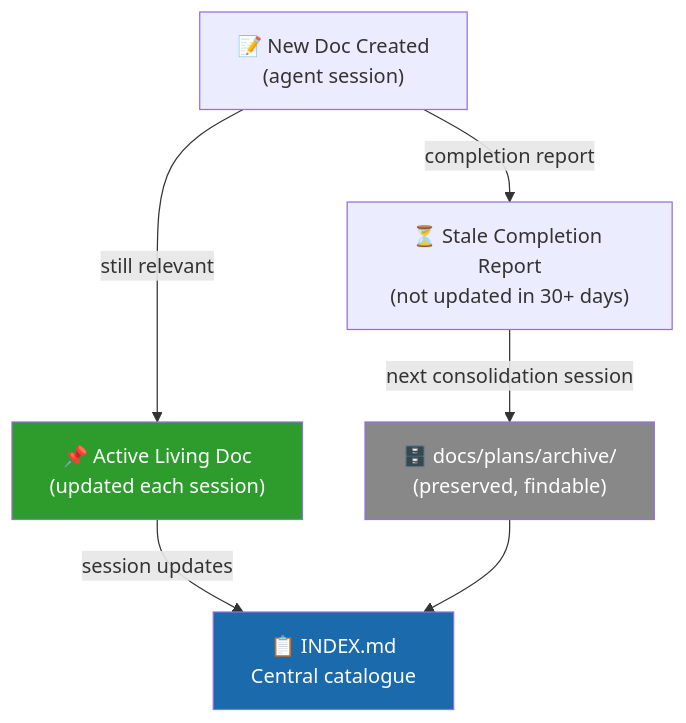
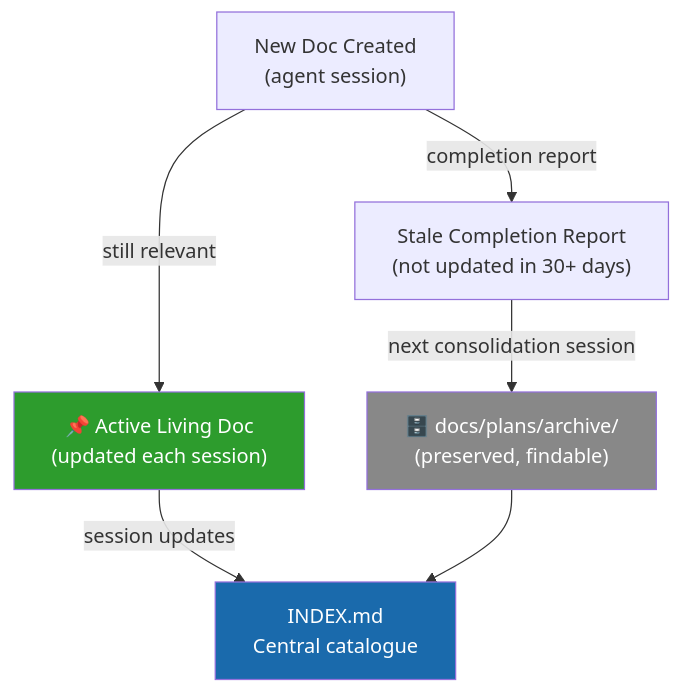
The diagram in docs/plans/DOCS_CONSOLIDATION_MAP.md (Aries-Serpent/_codex_), drawn with Mermaid before and after one commit. The commit also changed other lines of this file and 1989 other files, not shown here.

````diff
--- a/docs/plans/DOCS_CONSOLIDATION_MAP.md
+++ b/docs/plans/DOCS_CONSOLIDATION_MAP.md
@@ -140,19 +140,19 @@
 ```mermaid
-%%{init: {'accessibility': {'title': 'Flowchart showing "📝 New Doc Created\n(agent session)", "📌 Active Living Doc\n(updated each session)"'}}%%
+%%{init: {'accessibility': {'title': 'Flowchart showing " New Doc Created\n(agent session)", "📌 Active Living Doc\n(updated each session)"'}}%%
 flowchart TD
-    NEW["📝 New Doc Created\n(agent session)"]
+    NEW[" New Doc Created\n(agent session)"]
     ACTIVE["📌 Active Living Doc\n(updated each session)"]
-    STALE["⏳ Stale Completion Report\n(not updated in 30+ days)"]
+    STALE[" Stale Completion Report\n(not updated in 30+ days)"]
     ARCHIVE["🗄️ docs/plans/archive/\n(preserved, findable)"]
-    INDEX["📋 INDEX.md\nCentral catalogue"]
+    INDEX[" INDEX.md\nCentral catalogue"]
 
     NEW -->|"still relevant"| ACTIVE
     NEW -->|"completion report"| STALE
     ACTIVE -->|"session updates"| INDEX
     STALE -->|"next consolidation session"| ARCHIVE
     ARCHIVE --> INDEX
 
     style ACTIVE fill:#2d9c2d,color:#fff
     style ARCHIVE fill:#888,color:#fff
     style INDEX fill:#1a6aac,color:#fff
 ```
````
